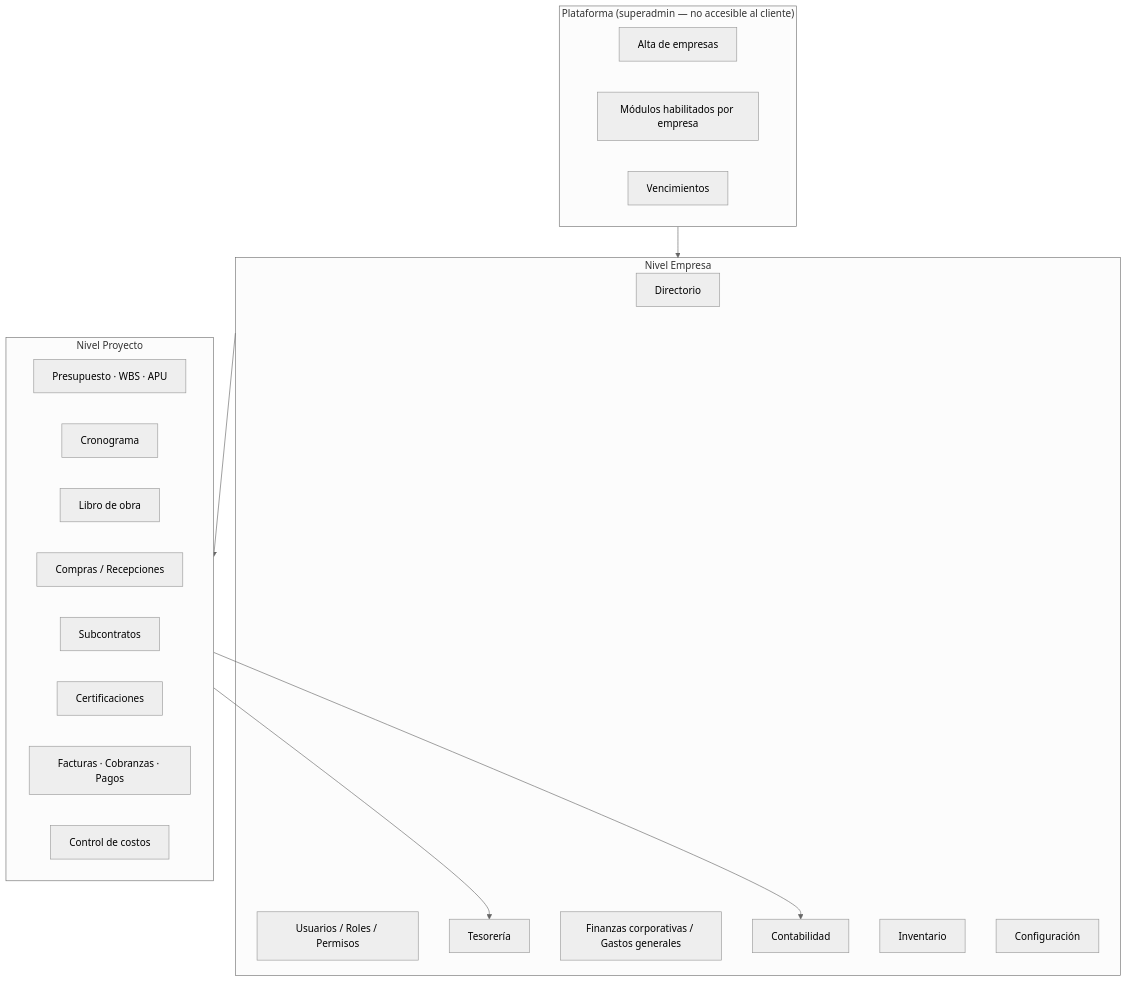
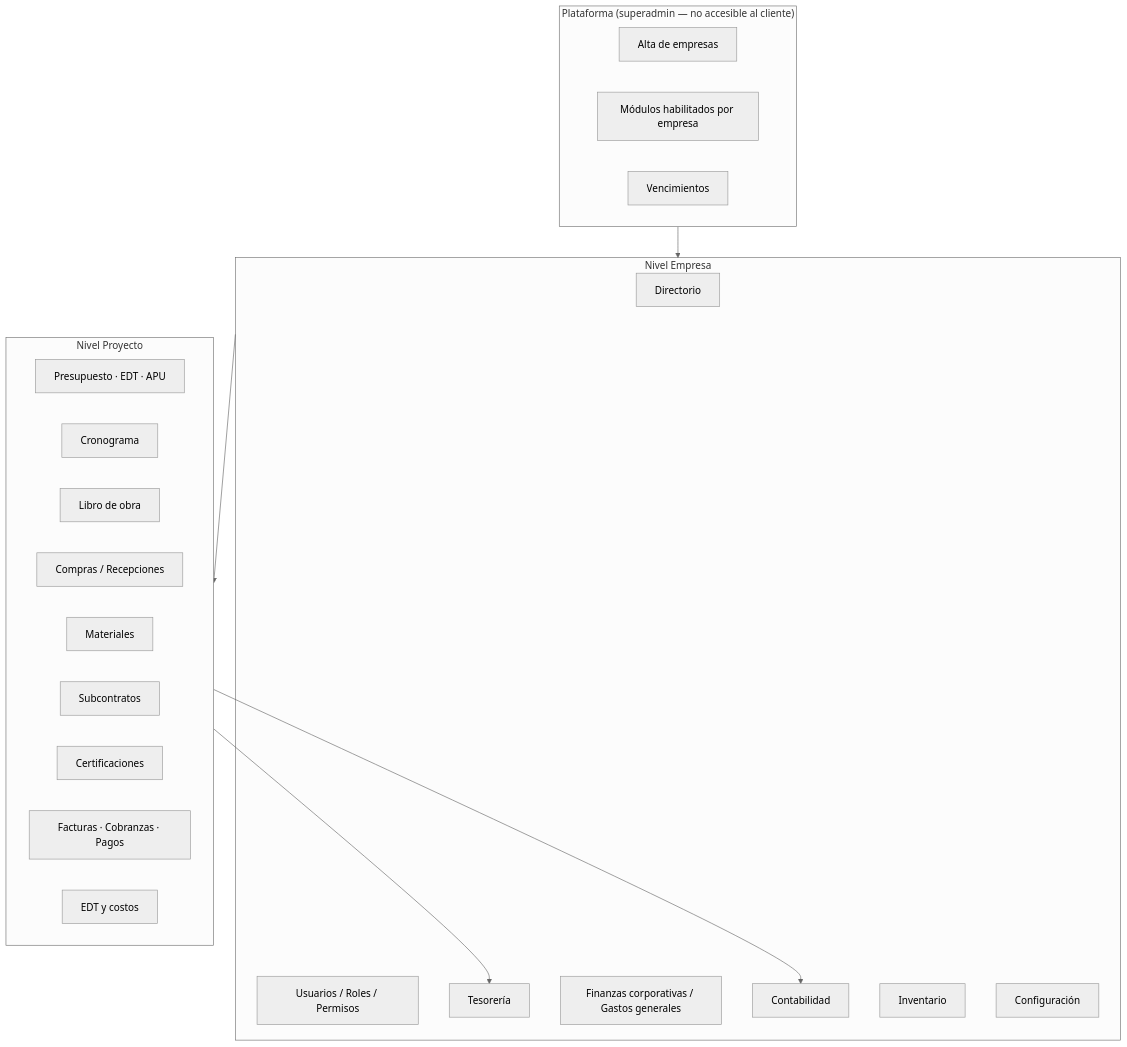
The first of 11 diagrams in docs/bloqer2.0/GUIA_OPERATIVA_BLOQER_V2_REVISADA.md (simonbravin/bloqer-v2), drawn with Mermaid (neutral theme) before and after one commit. The commit also changed other lines of this file and 20 other files, not shown here.

````diff
--- a/docs/bloqer2.0/GUIA_OPERATIVA_BLOQER_V2_REVISADA.md
+++ b/docs/bloqer2.0/GUIA_OPERATIVA_BLOQER_V2_REVISADA.md
@@ -22,30 +22,31 @@
 ```mermaid
 flowchart TB
   subgraph PLAT["Plataforma (superadmin — no accesible al cliente)"]
     P1["Alta de empresas"]
     P2["Módulos habilitados por empresa"]
     P3["Vencimientos"]
   end
   subgraph EMP["Nivel Empresa"]
     E1["Directorio"]
     E2["Usuarios / Roles / Permisos"]
     E3["Tesorería"]
     E4["Finanzas corporativas / Gastos generales"]
     E5["Contabilidad"]
     E6["Inventario"]
     E7["Configuración"]
   end
   subgraph PROJ["Nivel Proyecto"]
-    R1["Presupuesto · WBS · APU"]
+    R1["Presupuesto · EDT · APU"]
     R2["Cronograma"]
     R3["Libro de obra"]
     R4["Compras / Recepciones"]
-    R5["Subcontratos"]
-    R6["Certificaciones"]
-    R7["Facturas · Cobranzas · Pagos"]
-    R8["Control de costos"]
+    R5["Materiales"]
+    R6["Subcontratos"]
+    R7["Certificaciones"]
+    R8["Facturas · Cobranzas · Pagos"]
+    R9["EDT y costos"]
   end
   PLAT --> EMP --> PROJ
   PROJ --> E3
   PROJ --> E5
 ```
````
